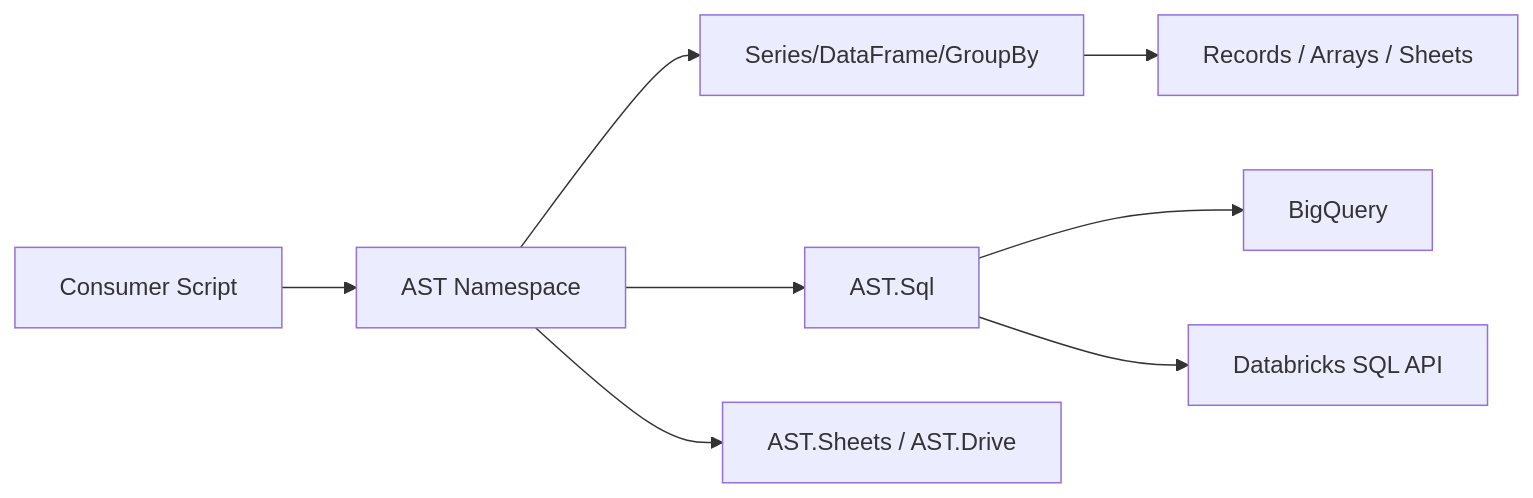
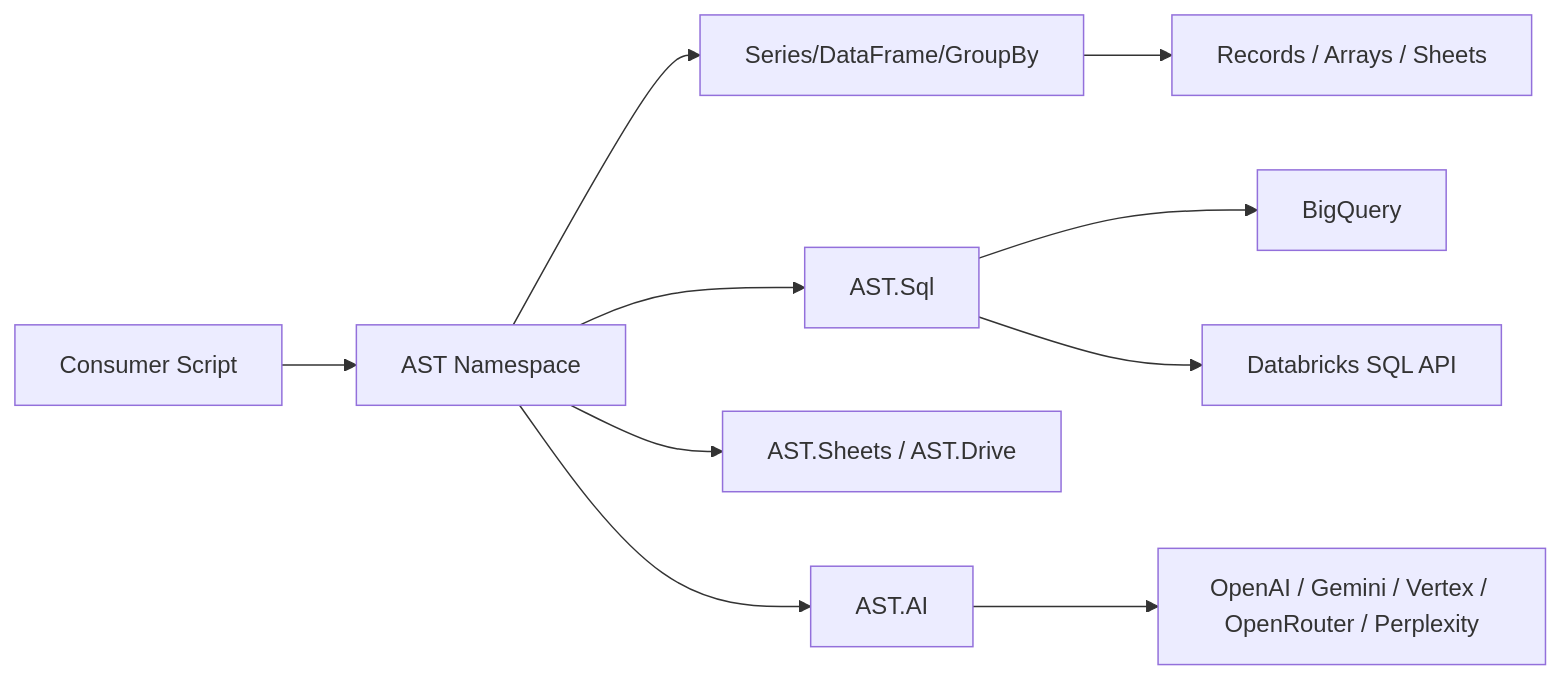
The diagram in docs/index.md (joe-broadhead/apps-script-tools), drawn with Mermaid before and after one commit. The commit also changed other lines of this file and 46 other files, not shown here.

````diff
--- a/docs/index.md
+++ b/docs/index.md
@@ -25,10 +26,12 @@
 ```mermaid
 flowchart LR
     A[Consumer Script] --> B[AST Namespace]
     B --> C[Series/DataFrame/GroupBy]
     B --> D[AST.Sql]
     B --> E[AST.Sheets / AST.Drive]
+    B --> I[AST.AI]
     D --> F[BigQuery]
     D --> G[Databricks SQL API]
+    I --> J[OpenAI / Gemini / Vertex / OpenRouter / Perplexity]
     C --> H[Records / Arrays / Sheets]
 ```
````
